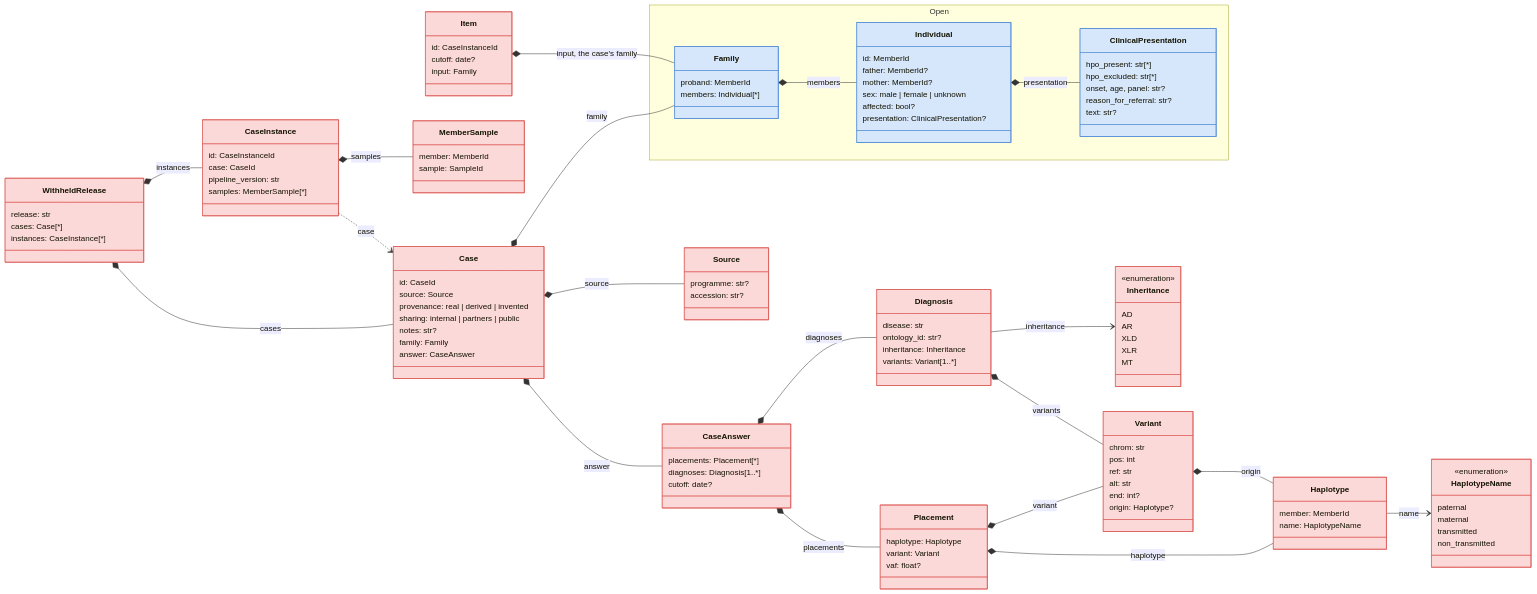
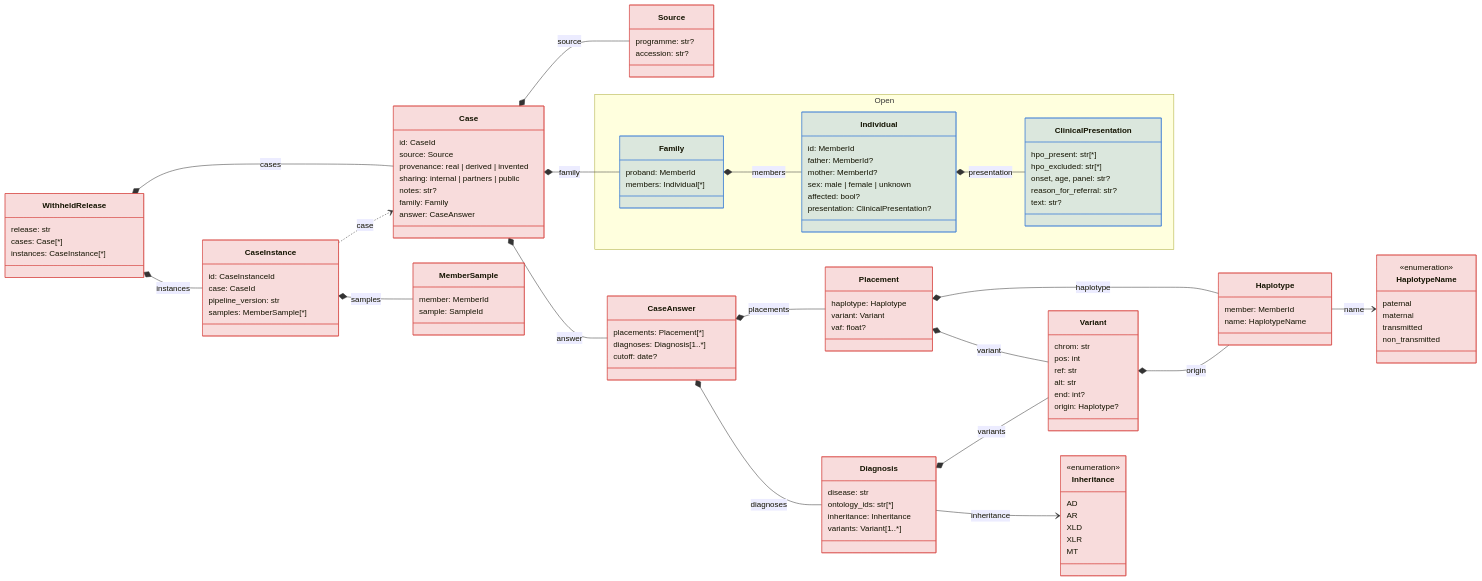
The first of 4 diagrams in docs/schema.md (populationgenomics/rare-disease-benchmark), drawn with Mermaid before and after one commit. The commit also changed other lines of this file and 6 other files, not shown here.

First line of the commit message:
schema: case instances are the items; diseases take several ids

````diff
--- a/docs/schema.md
+++ b/docs/schema.md
@@ -71,7 +71,7 @@
     }
     class Diagnosis {
         disease: str
-        ontology_id: str?
+        ontology_ids: str[*]
         inheritance: Inheritance
         variants: Variant[1..*]
     }
@@ -92,11 +92,6 @@
     class MemberSample {
         member: MemberId
         sample: SampleId
-    }
-    class Item {
-        id: CaseInstanceId
-        cutoff: date?
-        input: Family
     }
 
     namespace Open {
@@ -138,22 +133,20 @@
     CaseInstance *-- MemberSample : samples
     Family *-- Individual : members
     Individual *-- ClinicalPresentation : presentation
-    Item *-- Family : input, the case's family
 
-    style WithheldRelease fill:#fcd9d9,stroke:#d9534f
-    style Case fill:#fcd9d9,stroke:#d9534f
-    style Source fill:#fcd9d9,stroke:#d9534f
-    style CaseAnswer fill:#fcd9d9,stroke:#d9534f
-    style Placement fill:#fcd9d9,stroke:#d9534f
-    style Haplotype fill:#fcd9d9,stroke:#d9534f
-    style HaplotypeName fill:#fcd9d9,stroke:#d9534f
-    style Variant fill:#fcd9d9,stroke:#d9534f
-    style Diagnosis fill:#fcd9d9,stroke:#d9534f
-    style Inheritance fill:#fcd9d9,stroke:#d9534f
-    style MemberSample fill:#fcd9d9,stroke:#d9534f
-    style CaseInstance fill:#fcd9d9,stroke:#d9534f
-    style Item fill:#fcd9d9,stroke:#d9534f
-    style Family fill:#d6e6fb,stroke:#4a86d4
-    style Individual fill:#d6e6fb,stroke:#4a86d4
-    style ClinicalPresentation fill:#d6e6fb,stroke:#4a86d4
+    style WithheldRelease fill:#d9534f33,stroke:#d9534f
+    style Case fill:#d9534f33,stroke:#d9534f
+    style Source fill:#d9534f33,stroke:#d9534f
+    style CaseAnswer fill:#d9534f33,stroke:#d9534f
+    style Placement fill:#d9534f33,stroke:#d9534f
+    style Haplotype fill:#d9534f33,stroke:#d9534f
+    style HaplotypeName fill:#d9534f33,stroke:#d9534f
+    style Variant fill:#d9534f33,stroke:#d9534f
+    style Diagnosis fill:#d9534f33,stroke:#d9534f
+    style Inheritance fill:#d9534f33,stroke:#d9534f
+    style MemberSample fill:#d9534f33,stroke:#d9534f
+    style CaseInstance fill:#d9534f33,stroke:#d9534f
+    style Family fill:#4a86d433,stroke:#4a86d4
+    style Individual fill:#4a86d433,stroke:#4a86d4
+    style ClinicalPresentation fill:#4a86d433,stroke:#4a86d4
 ```
````
